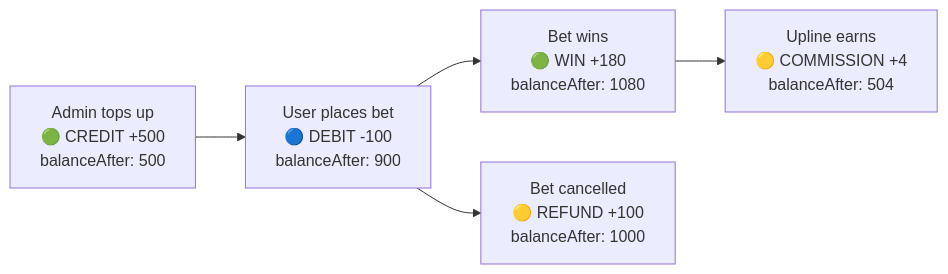
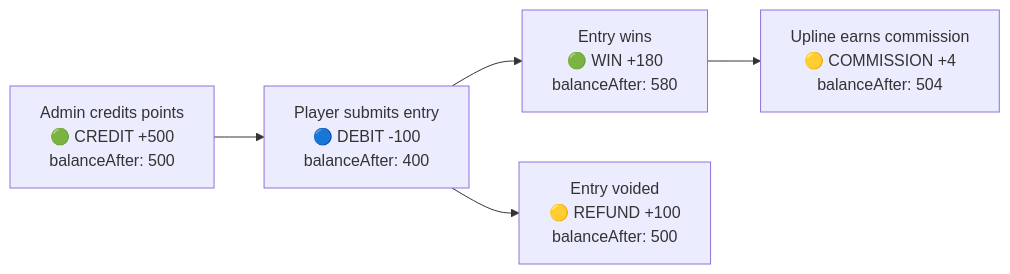
The fourth of 13 diagrams in README.md (Yash-Jangid/GameX), drawn with Mermaid before and after one commit. The commit also changed other lines of this file, not shown here.

````diff
--- a/README.md
+++ b/README.md
@@ -192,11 +265,11 @@
 ```mermaid
 graph LR
-    BET["User places bet\n🔵 DEBIT -100\nbalanceAfter: 900"]
-    WIN["Bet wins\n🟢 WIN +180\nbalanceAfter: 1080"]
-    COMM["Upline earns\n🟡 COMMISSION +4\nbalanceAfter: 504"]
-    TOPUP["Admin tops up\n🟢 CREDIT +500\nbalanceAfter: 500"]
-    REFUND["Bet cancelled\n🟡 REFUND +100\nbalanceAfter: 1000"]
+    TOPUP["Admin credits points\n🟢 CREDIT +500\nbalanceAfter: 500"]
+    BET["Player submits entry\n🔵 DEBIT -100\nbalanceAfter: 400"]
+    WIN["Entry wins\n🟢 WIN +180\nbalanceAfter: 580"]
+    COMM["Upline earns commission\n🟡 COMMISSION +4\nbalanceAfter: 504"]
+    REFUND["Entry voided\n🟡 REFUND +100\nbalanceAfter: 500"]
 
     TOPUP --> BET --> WIN --> COMM
     BET --> REFUND
 ```
````
